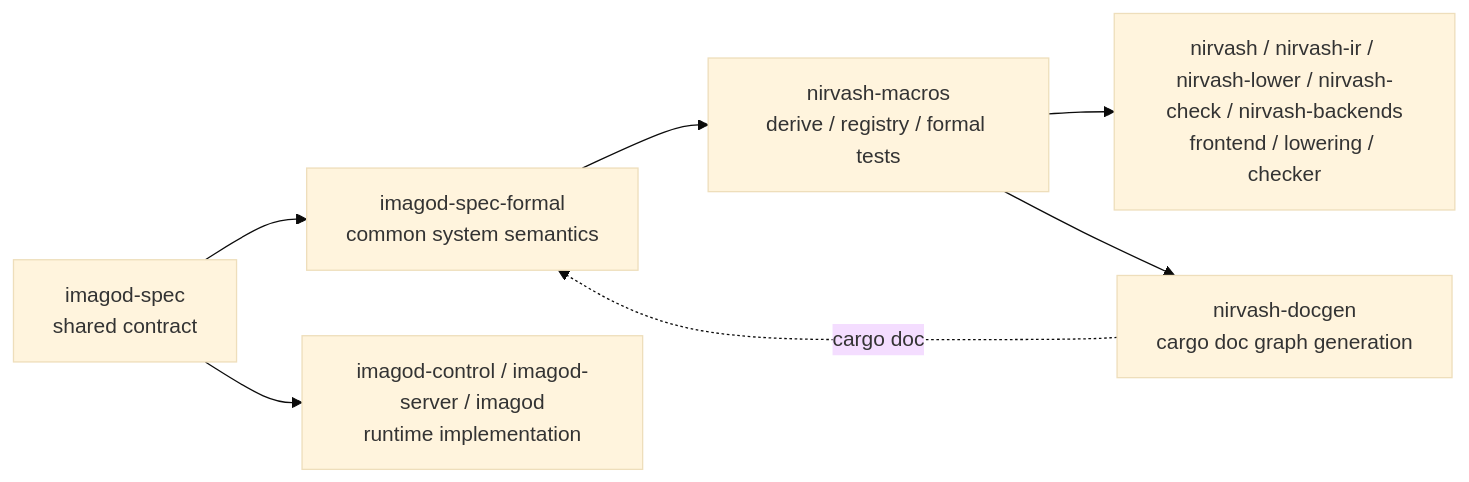
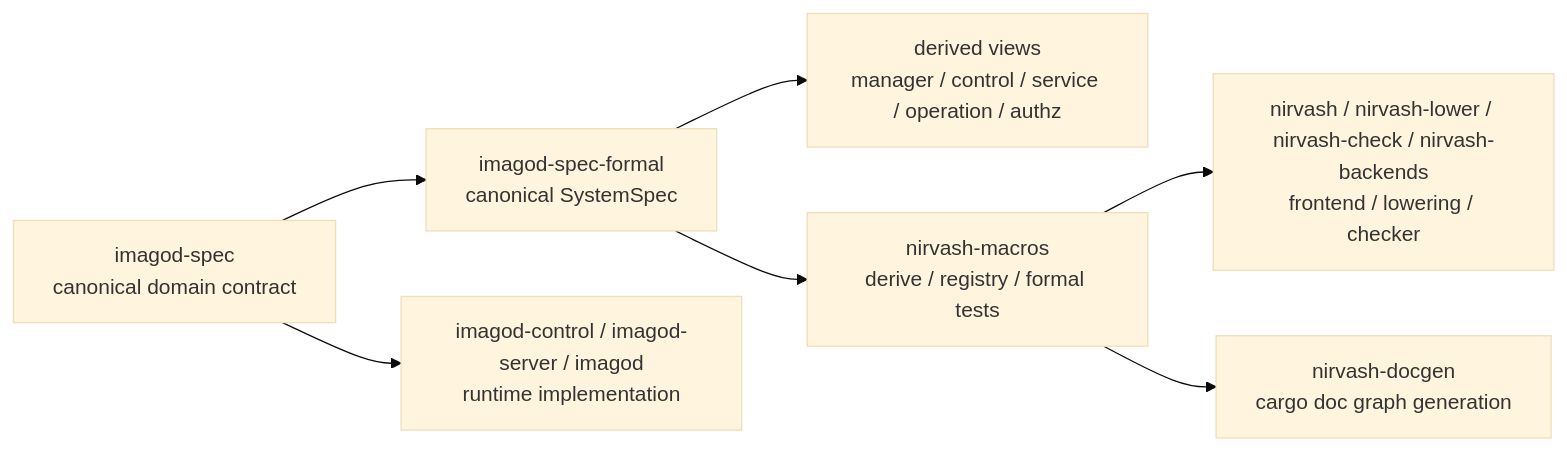
The diagram in docs/nirvash-and-imagod-control.md (yieldspace/imago), drawn with Mermaid (base theme) before and after one commit. The commit also changed other lines of this file and 22 other files, not shown here.

First line of the commit message:
Rebuild imagod spec around a canonical system model

````diff
--- a/docs/nirvash-and-imagod-control.md
+++ b/docs/nirvash-and-imagod-control.md
@@ -8,9 +8,9 @@
 ```mermaid
 flowchart LR
-    A["imagod-spec<br/>shared contract"] --> B["imagod-spec-formal<br/>common system semantics"]
-    B --> C["nirvash-macros<br/>derive / registry / formal tests"]
-    C --> D["nirvash / nirvash-ir / nirvash-lower / nirvash-check / nirvash-backends<br/>frontend / lowering / checker"]
-    C --> E["nirvash-docgen<br/>cargo doc graph generation"]
-    A --> F["imagod-control / imagod-server / imagod<br/>runtime implementation"]
-    E -. "cargo doc" .-> B
+    A["imagod-spec<br/>canonical domain contract"] --> B["imagod-spec-formal<br/>canonical SystemSpec"]
+    B --> C["derived views<br/>manager / control / service / operation / authz"]
+    B --> D["nirvash-macros<br/>derive / registry / formal tests"]
+    D --> E["nirvash / nirvash-lower / nirvash-check / nirvash-backends<br/>frontend / lowering / checker"]
+    D --> F["nirvash-docgen<br/>cargo doc graph generation"]
+    A --> G["imagod-control / imagod-server / imagod<br/>runtime implementation"]
 ```
````
